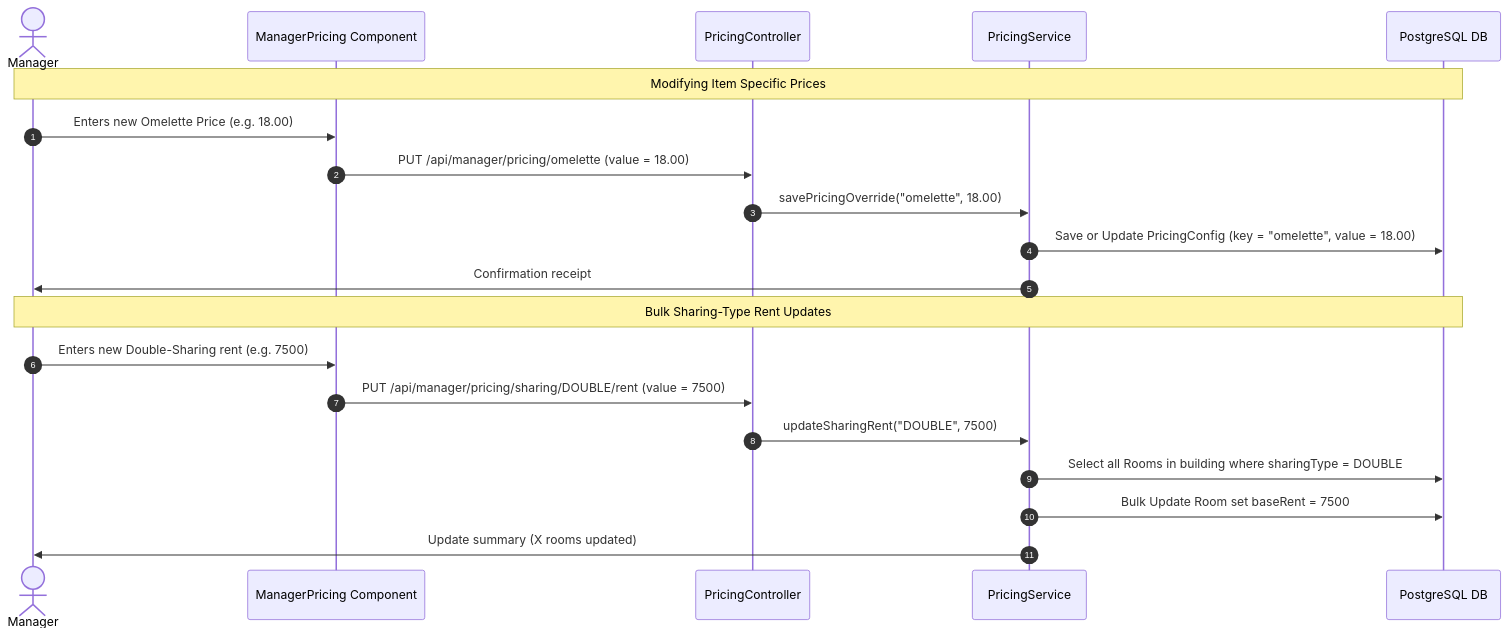
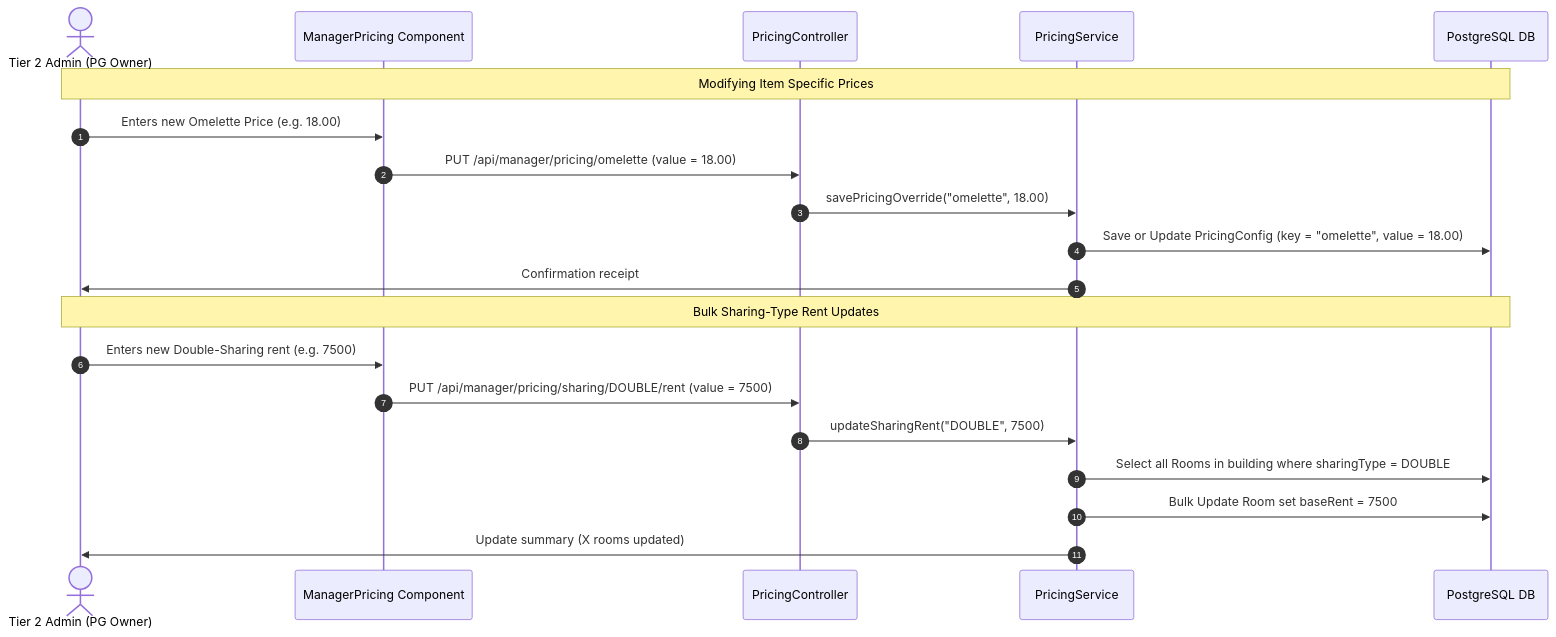
Diagram 11 of 21 in docs/WORKFLOWS.md (rahul-0906/PG-Project), drawn with Mermaid before and after one commit. The commit also changed other lines of this file and 7 other files, not shown here.

Commit message:
Comprehensive documentation overhaul: update 4-tier roles, workflows, calculations, architecture, and onboarding SOP

````diff
--- a/docs/WORKFLOWS.md
+++ b/docs/WORKFLOWS.md
@@ -318,24 +329,24 @@
 ```mermaid
 sequenceDiagram
     autonumber
-    actor Manager
+    actor Admin as Tier 2 Admin (PG Owner)
     participant App as ManagerPricing Component
     participant Controller as PricingController
     participant Service as PricingService
     participant DB as PostgreSQL DB
 
-    Note over Manager, DB: Modifying Item Specific Prices
-    Manager->>App: Enters new Omelette Price (e.g. 18.00)
+    Note over Admin, DB: Modifying Item Specific Prices
+    Admin->>App: Enters new Omelette Price (e.g. 18.00)
     App->>Controller: PUT /api/manager/pricing/omelette (value = 18.00)
     Controller->>Service: savePricingOverride("omelette", 18.00)
     Service->>DB: Save or Update PricingConfig (key = "omelette", value = 18.00)
-    Service->>Manager: Confirmation receipt
+    Service->>Admin: Confirmation receipt
     
-    Note over Manager, DB: Bulk Sharing-Type Rent Updates
-    Manager->>App: Enters new Double-Sharing rent (e.g. 7500)
+    Note over Admin, DB: Bulk Sharing-Type Rent Updates
+    Admin->>App: Enters new Double-Sharing rent (e.g. 7500)
     App->>Controller: PUT /api/manager/pricing/sharing/DOUBLE/rent (value = 7500)
     Controller->>Service: updateSharingRent("DOUBLE", 7500)
     Service->>DB: Select all Rooms in building where sharingType = DOUBLE
     Service->>DB: Bulk Update Room set baseRent = 7500
-    Service->>Manager: Update summary (X rooms updated)
+    Service->>Admin: Update summary (X rooms updated)
 ```
````
